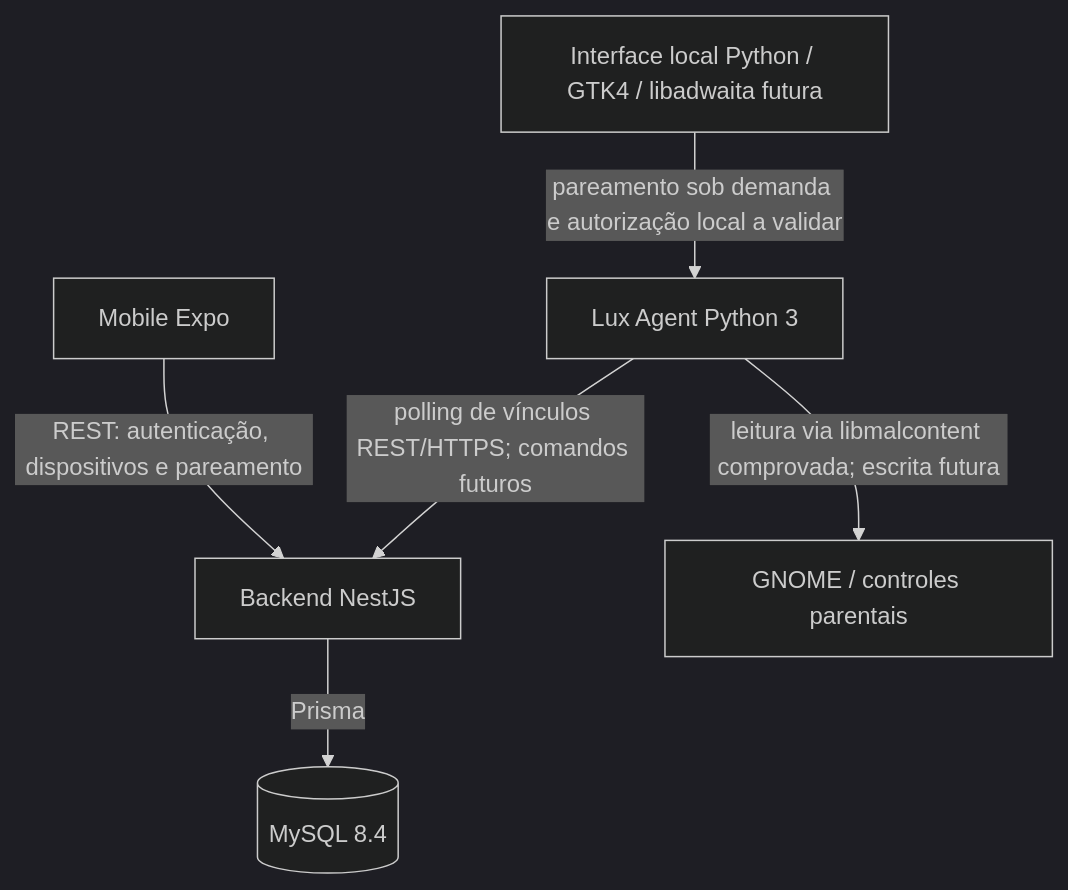
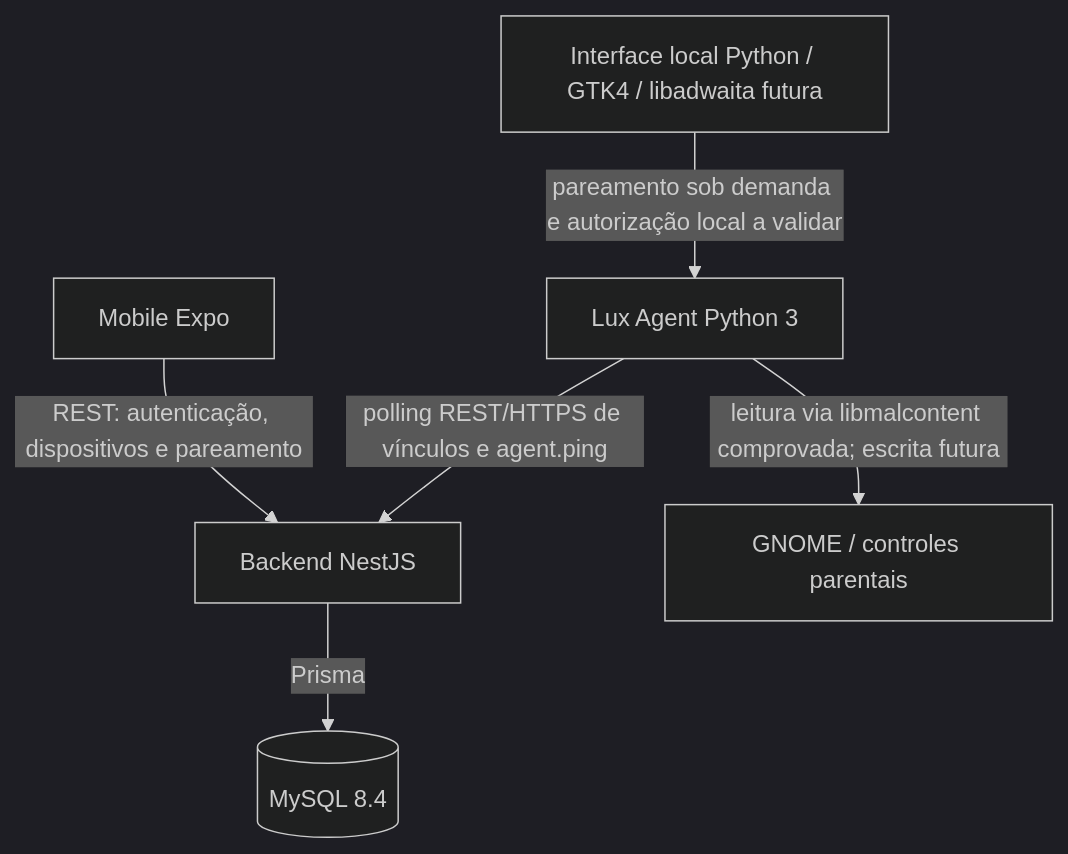
The diagram in docs/architecture.md (cfrans/Projeto-Integrador-FatecID-5Sem), drawn with Mermaid (dark theme) before and after one commit. The commit also changed other lines of this file and 10 other files, not shown here.

Commit message:
docs(lux-agent): document HTTPS and ping validation

````diff
--- a/docs/architecture.md
+++ b/docs/architecture.md
@@ -5,8 +5,8 @@
 ```mermaid
 flowchart TD
     M[Mobile Expo] -->|REST: autenticação, dispositivos e pareamento| B[Backend NestJS]
-    A[Lux Agent Python 3] -->|polling de vínculos REST/HTTPS; comandos futuros| B[Backend NestJS]
+    A[Lux Agent Python 3] -->|polling REST/HTTPS de vínculos e agent.ping| B[Backend NestJS]
     A -->|leitura via libmalcontent comprovada; escrita futura| G[GNOME / controles parentais]
     B -->|Prisma| D[(MySQL 8.4)]
     U[Interface local Python / GTK4 / libadwaita futura] -->|pareamento sob demanda e autorização local a validar| A
 ```
````
